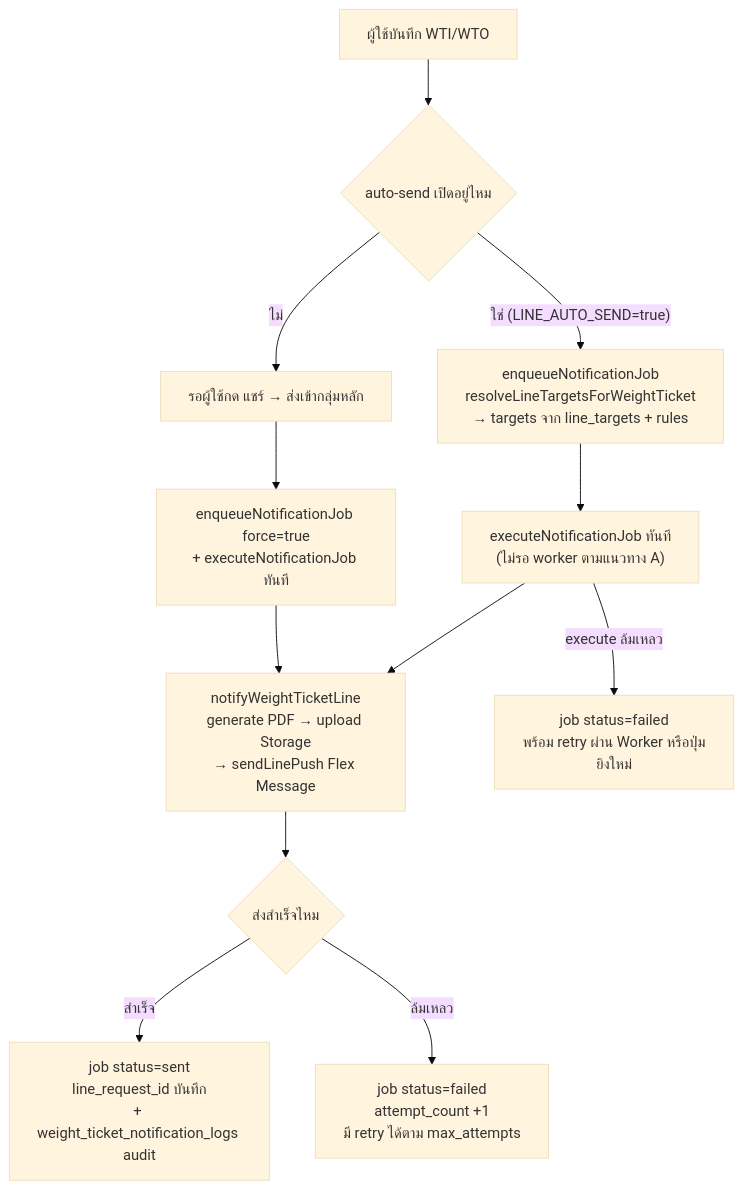
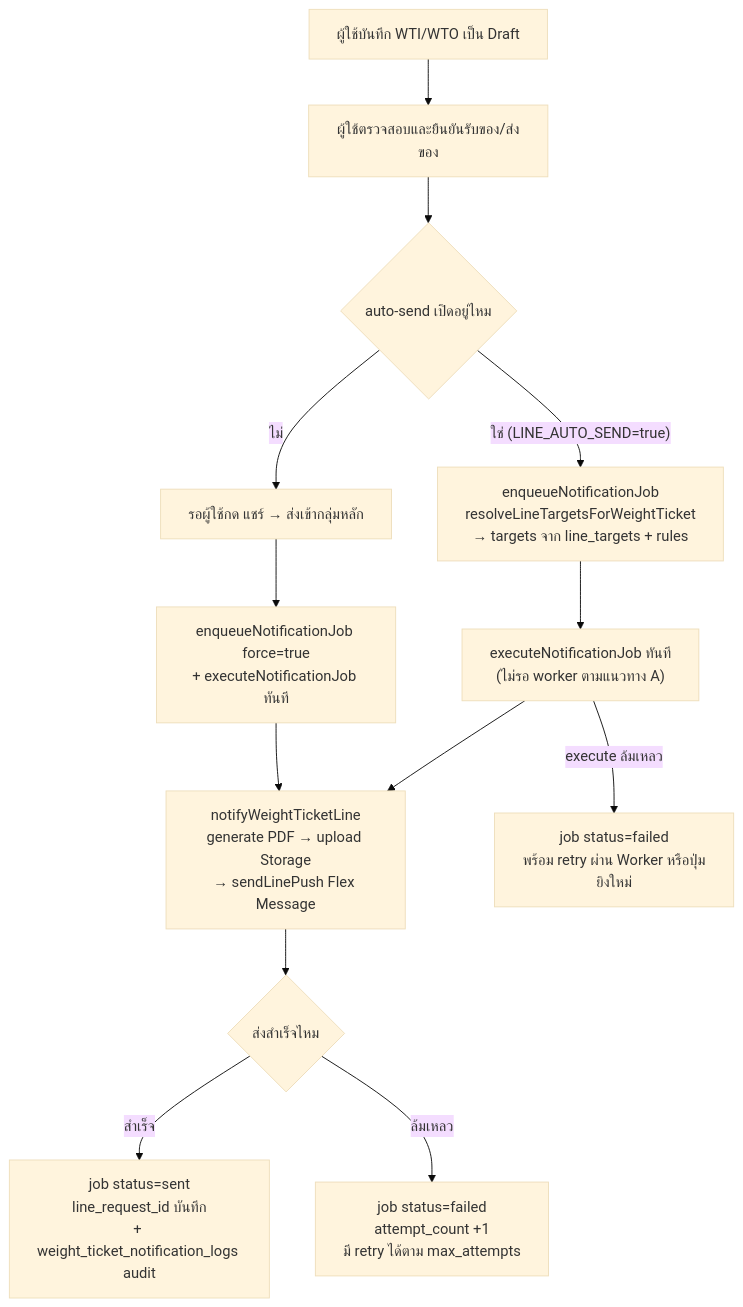
The diagram in docs/notes/WTI-WTO Flow.md (devdevkub-coder/ns-dev), drawn with Mermaid (base theme) before and after one commit. The commit also changed other lines of this file and 9 other files, not shown here.

````diff
--- a/docs/notes/WTI-WTO Flow.md
+++ b/docs/notes/WTI-WTO Flow.md
@@ -766,14 +767,15 @@
 ```mermaid
 flowchart TD
-  A["ผู้ใช้บันทึก WTI/WTO"] --> B{auto-send เปิดอยู่ไหม}
+  A["ผู้ใช้บันทึก WTI/WTO เป็น Draft"] --> A2["ผู้ใช้ตรวจสอบและยืนยันรับของ/ส่งของ"]
+  A2 --> B{auto-send เปิดอยู่ไหม}
   B -- "ใช่ (LINE_AUTO_SEND=true)" --> C["enqueueNotificationJob<br/>resolveLineTargetsForWeightTicket<br/>→ targets จาก line_targets + rules"]
   B -- "ไม่" --> D["รอผู้ใช้กด แชร์ → ส่งเข้ากลุ่มหลัก"]
   C --> F["executeNotificationJob ทันที<br/>(ไม่รอ worker ตามแนวทาง A)"]
   D --> F2["enqueueNotificationJob force=true<br/>+ executeNotificationJob ทันที"]
   F --> I["notifyWeightTicketLine<br/>generate PDF → upload Storage<br/>→ sendLinePush Flex Message"]
   F2 --> I
   F -- "execute ล้มเหลว" --> R["job status=failed<br/>พร้อม retry ผ่าน Worker หรือปุ่มยิงใหม่"]
   I --> J{ส่งสำเร็จไหม}
   J -- "สำเร็จ" --> K["job status=sent<br/>line_request_id บันทึก<br/>+ weight_ticket_notification_logs audit"]
   J -- "ล้มเหลว" --> L["job status=failed<br/>attempt_count +1<br/>มี retry ได้ตาม max_attempts"]
 ```
````
